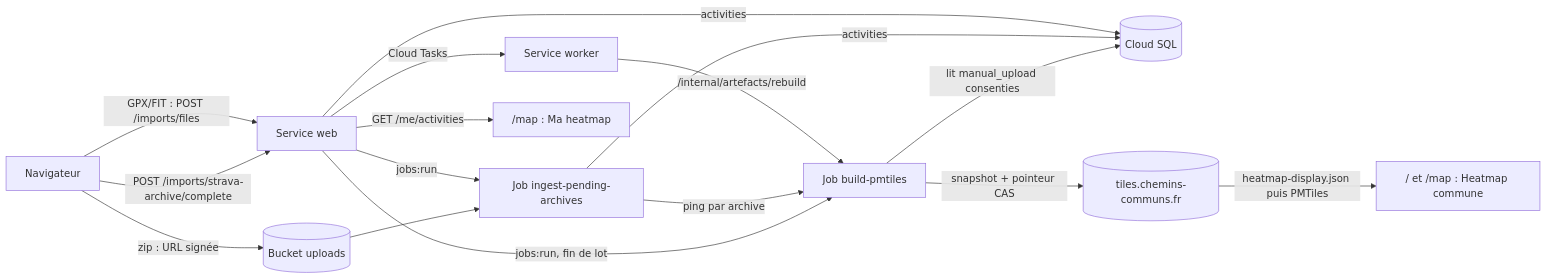
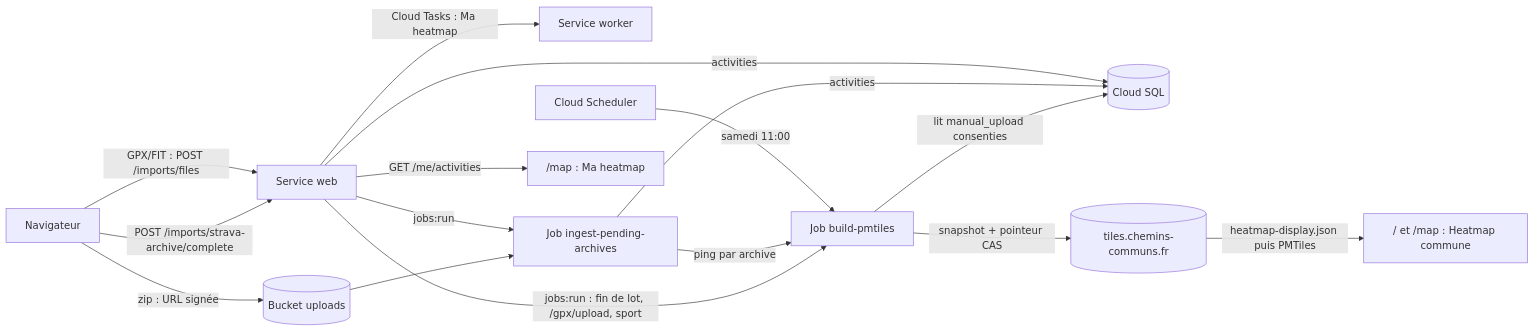
One commit to polomarcus/common-trails changed the diagram in docs/architecture.md. Above: the diagram before and after it, drawn with Mermaid. The commit also changed other lines of this file and 13 other files, not shown here.

First line of the commit message:
docs(heatmap): aligne la doc sur le code (mode raw seul, filet hebdo, worker)

````diff
--- a/docs/architecture.md
+++ b/docs/architecture.md
@@ -28,18 +28,18 @@
 ```mermaid
 flowchart LR
     U[Navigateur] -->|"GPX/FIT : POST /imports/files"| W[Service web]
     U -->|"zip : URL signée"| B[(Bucket uploads)]
     U -->|"POST /imports/strava-archive/complete"| W
     W -->|activities| DB[(Cloud SQL)]
-    W -->|Cloud Tasks| K[Service worker]
-    K -->|"/internal/artefacts/rebuild"| BP
+    W -->|"Cloud Tasks : Ma heatmap"| K[Service worker]
+    S[Cloud Scheduler] -->|"samedi 11:00"| BP
     W -->|"jobs:run"| D[Job ingest-pending-archives]
     B --> D
     D -->|activities| DB
     D -->|"ping par archive"| BP[Job build-pmtiles]
-    W -->|"jobs:run, fin de lot"| BP
+    W -->|"jobs:run : fin de lot, /gpx/upload, sport"| BP
     BP -->|"lit manual_upload consenties"| DB
     BP -->|"snapshot + pointeur CAS"| T[(tiles.chemins-communs.fr)]
     T -->|"heatmap-display.json puis PMTiles"| M["/ et /map : Heatmap commune"]
     W -->|"GET /me/activities"| MH["/map : Ma heatmap"]
 ```
````
